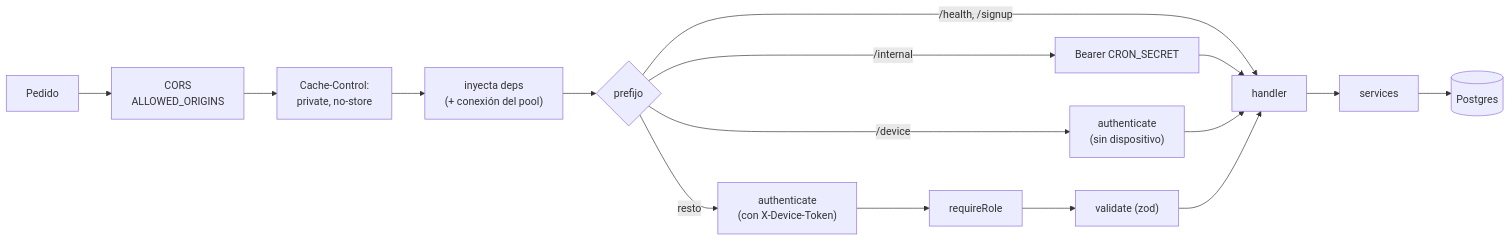
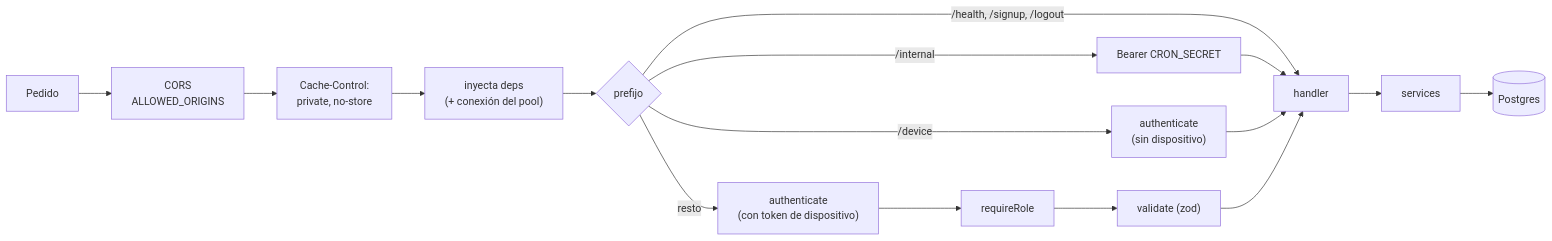
One commit to Nicolasgh91/red-cuidarte changed the second of 5 diagrams in docs/architecture.md. Above: the diagram before and after it, drawn with Mermaid. The commit also changed other lines of this file and 45 other files, not shown here.

````diff
--- a/docs/architecture.md
+++ b/docs/architecture.md
@@ -126,12 +126,12 @@
 ```mermaid
 flowchart LR
   R[Pedido] --> CORS["CORS<br/>ALLOWED_ORIGINS"]
   CORS --> NS["Cache-Control:<br/>private, no-store"]
   NS --> D["inyecta deps<br/>(+ conexión del pool)"]
   D --> A{"prefijo"}
-  A -- "/health, /signup" --> H[handler]
+  A -- "/health, /signup, /logout" --> H[handler]
   A -- "/internal" --> CS["Bearer CRON_SECRET"] --> H
   A -- "/device" --> AU1["authenticate<br/>(sin dispositivo)"] --> H
-  A -- "resto" --> AU2["authenticate<br/>(con X-Device-Token)"] --> RR["requireRole"] --> V["validate (zod)"] --> H
+  A -- "resto" --> AU2["authenticate<br/>(con token de dispositivo)"] --> RR["requireRole"] --> V["validate (zod)"] --> H
   H --> S[services] --> DB[(Postgres)]
 ```
````
